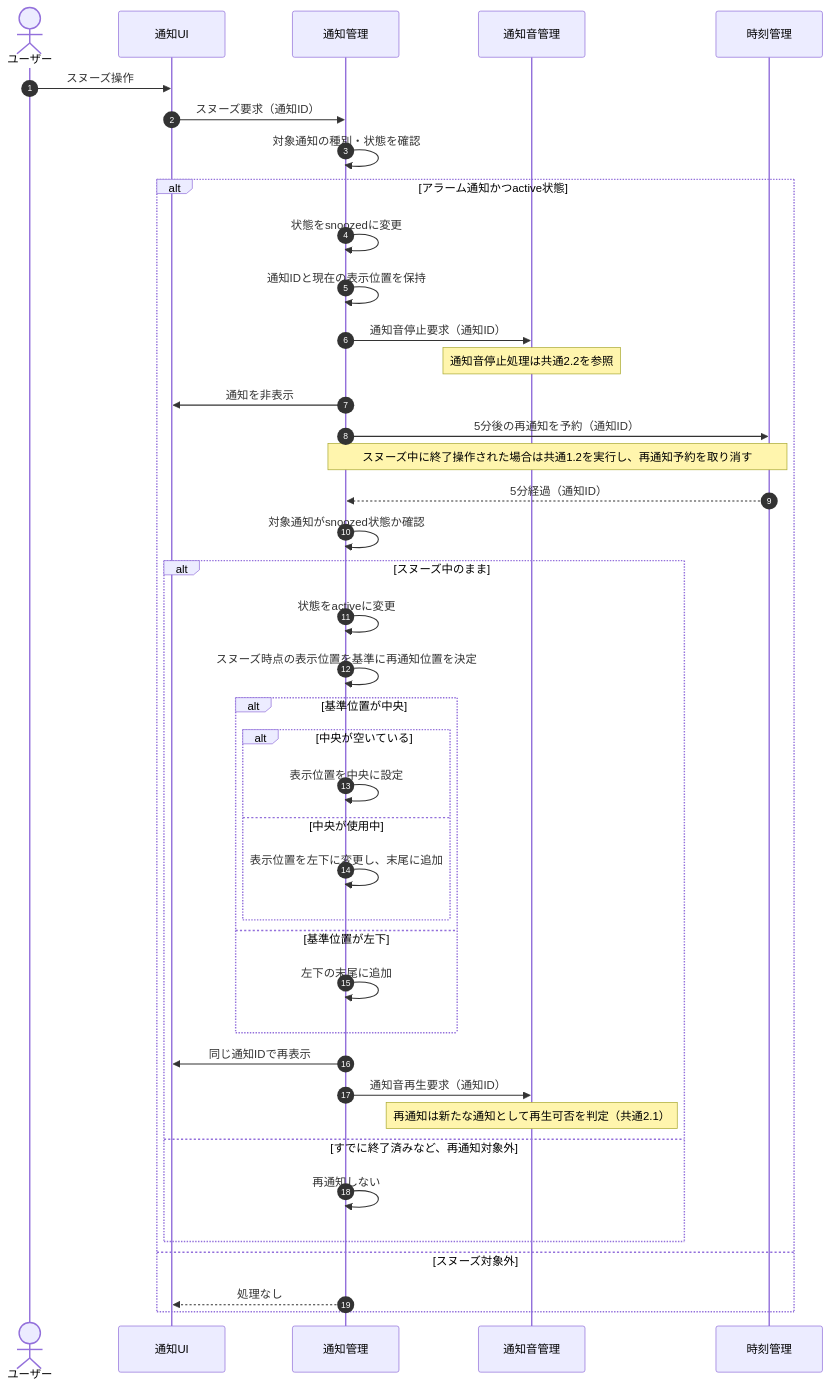
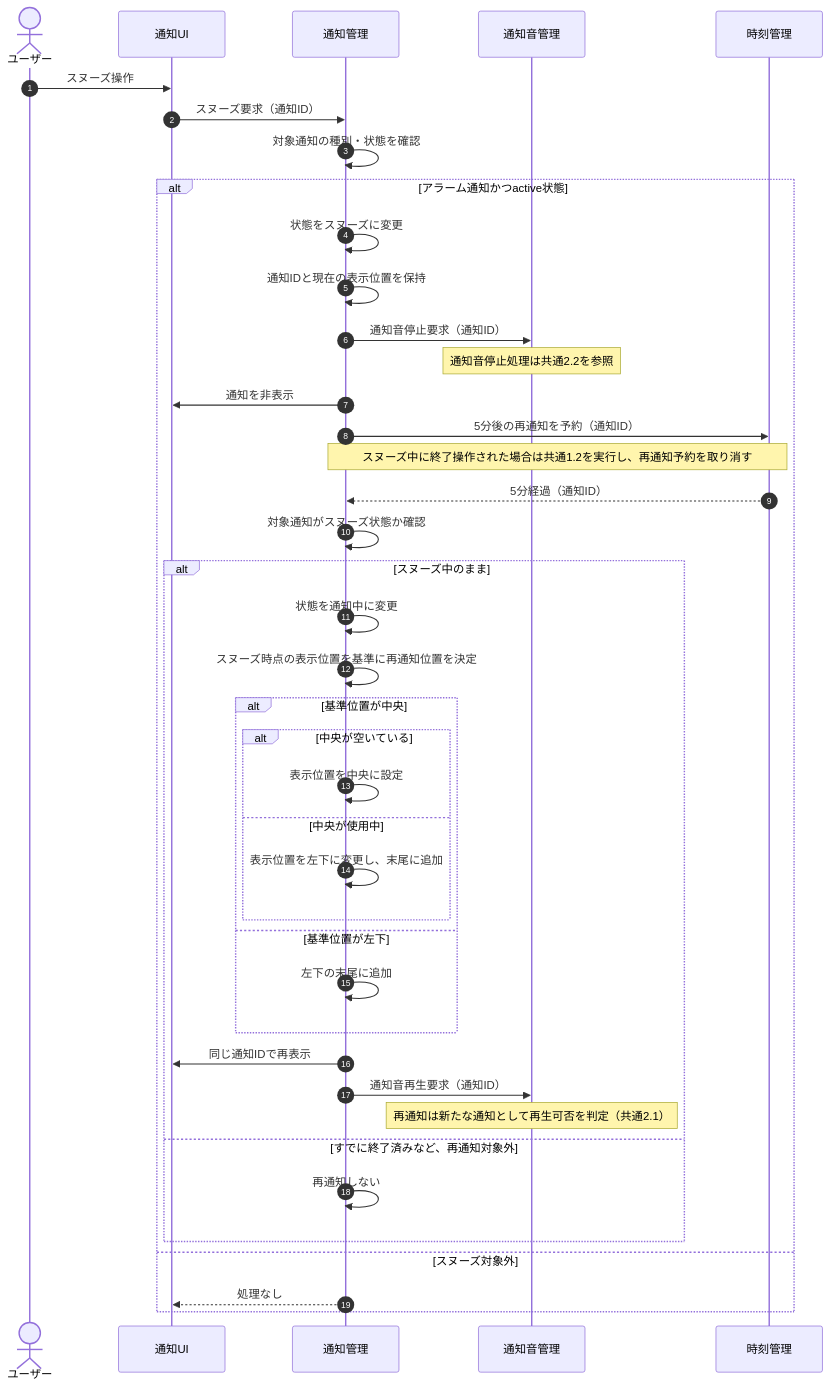
Before and after one commit to shun62201234-crypto/timerApplication: the third of 7 diagrams in document/設計/シーケンス図/共通シーケンス図.md, drawn with Mermaid.

Commit message:
軽微な修正
snoozedからスヌーズへ変更

````diff
--- a/document/設計/シーケンス図/共通シーケンス図.md
+++ b/document/設計/シーケンス図/共通シーケンス図.md
@@ -60,51 +60,51 @@
 ```mermaid
 sequenceDiagram
     autonumber
     actor User as ユーザー
     participant UI as 通知UI
     participant Notify as 通知管理
     participant Audio as 通知音管理
     participant Clock as 時刻管理
 
     User->>UI: スヌーズ操作
     UI->>Notify: スヌーズ要求（通知ID）
 
     Notify->>Notify: 対象通知の種別・状態を確認
 
     alt アラーム通知かつactive状態
-        Notify->>Notify: 状態をsnoozedに変更
+        Notify->>Notify: 状態をスヌーズに変更
         Notify->>Notify: 通知IDと現在の表示位置を保持
         Notify->>Audio: 通知音停止要求（通知ID）
         Note over Audio: 通知音停止処理は共通2.2を参照
         Notify->>UI: 通知を非表示
         Notify->>Clock: 5分後の再通知を予約（通知ID）
 
         Note over Notify,Clock: スヌーズ中に終了操作された場合は共通1.2を実行し、再通知予約を取り消す
 
         Clock-->>Notify: 5分経過（通知ID）
-        Notify->>Notify: 対象通知がsnoozed状態か確認
+        Notify->>Notify: 対象通知がスヌーズ状態か確認
 
         alt スヌーズ中のまま
-            Notify->>Notify: 状態をactiveに変更
+            Notify->>Notify: 状態を通知中に変更
             Notify->>Notify: スヌーズ時点の表示位置を基準に再通知位置を決定
 
             alt 基準位置が中央
                 alt 中央が空いている
                     Notify->>Notify: 表示位置を中央に設定
                 else 中央が使用中
                     Notify->>Notify: 表示位置を左下に変更し、末尾に追加
                 end
             else 基準位置が左下
                 Notify->>Notify: 左下の末尾に追加
             end
 
             Notify->>UI: 同じ通知IDで再表示
             Notify->>Audio: 通知音再生要求（通知ID）
             Note over Audio: 再通知は新たな通知として再生可否を判定（共通2.1）
         else すでに終了済みなど、再通知対象外
             Notify->>Notify: 再通知しない
         end
     else スヌーズ対象外
         Notify-->>UI: 処理なし
     end
 ```
````
